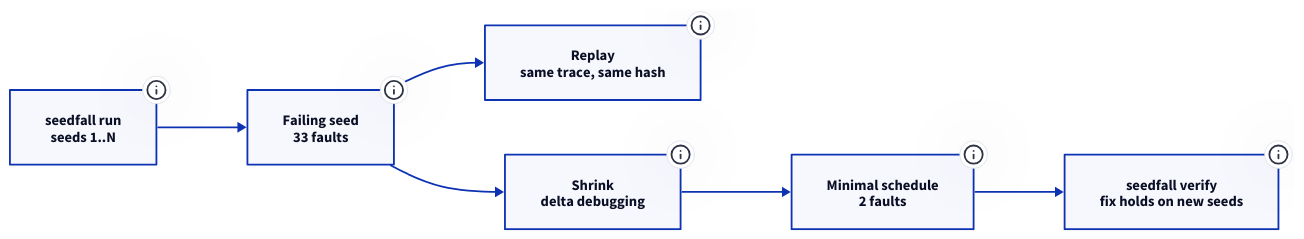
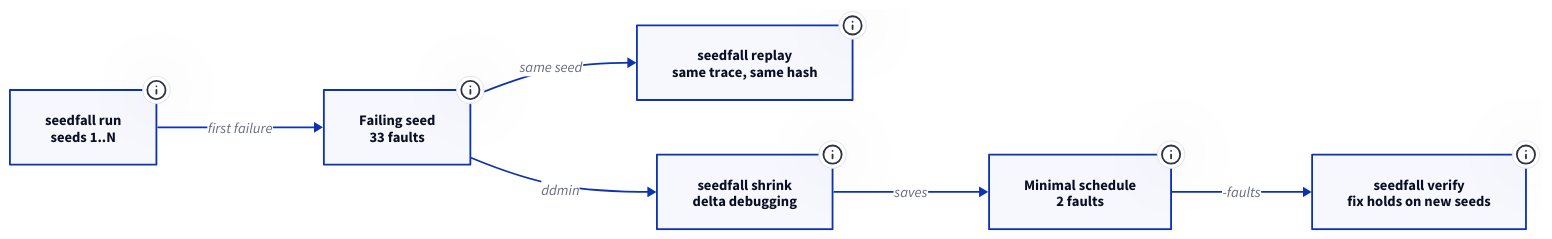
The diagram in data/projects/diagrams/seedfall-loop.d2 (kunalgoesbyken/portfoliov1), drawn with D2 before and after one commit. The commit also changed 54 other files, not shown here.

Commit message:
Describe each architecture from its codebase, add stack logos, drop redundant stats and card styling

```diff
--- a/data/projects/diagrams/seedfall-loop.d2
+++ b/data/projects/diagrams/seedfall-loop.d2
@@ -1,37 +1,37 @@
 direction: right
 
 sweep: seedfall run\nseeds 1..N {
   class: client
-  tooltip: "Runs seeds in parallel jobs. 200 seeds took 9.4 s on a laptop, about 87x faster than real time."
+  tooltip: "engine.Sweep runs seeds as parallel jobs (-j) and stops at the first failure unless told to keep going. 200 seeds took 9.4 s on a laptop."
 }
 
 fail: Failing seed\n33 faults {
   class: store
-  tooltip: "The seed number is the whole bug report: same seed, same failure, on any machine."
+  tooltip: "The seed number is the whole bug report. It fixes the scheduling, network, disk and fault streams, so the same seed gives the same failure on any machine."
 }
 
-replay: Replay\nsame trace, same hash {
+replay: seedfall replay\nsame trace, same hash {
   class: service
-  tooltip: "Prints a determinism hash over every host call; 3 of 3 replays matched exactly. Writes an HTML timeline of messages, faults and the failing check."
+  tooltip: "Reruns the seed and prints the full trace and a determinism hash over every host call. With -html it writes a timeline of messages, faults and the failing check."
 }
 
-shrink: Shrink\ndelta debugging {
+shrink: seedfall shrink\ndelta debugging {
   class: service
-  tooltip: "ddmin over the fault schedule, then a capped workload, a trimmed duration and simplified faults. A candidate is kept only if it fails with the same class, node, property and message, so shrinking never swaps one bug for another."
+  tooltip: "ddmin over the fault list, then a capped workload, a trimmed duration and simplified faults, repeated until nothing changes. A candidate is kept only if it fails with the same class, node, property and message."
 }
 
 plan: Minimal schedule\n2 faults {
   class: store
-  tooltip: "Saved as JSON that replay, inspect and verify all accept, so the minimal case can be pinned in CI."
+  tooltip: "Saved as .seedfall/seed-N.faults.json. replay, inspect and verify take it with -faults, and seedfall pin keeps it as a regression that later sweeps replay."
 }
 
 verify: seedfall verify\nfix holds on new seeds {
   class: service
-  tooltip: "Replays the failing schedule against the patched code and sweeps fresh seeds, so a fix is proven rather than assumed."
+  tooltip: "Replays the failing schedule against the patched code, double-checking determinism, then sweeps fresh seeds sized for 95 percent confidence and writes a Markdown proof. Optional -mutate also checks that the checks would notice a broken disk."
 }
 
-sweep -> fail
-fail -> replay
-fail -> shrink
-shrink -> plan
-plan -> verify
+sweep -> fail: first failure
+fail -> replay: same seed
+fail -> shrink: ddmin
+shrink -> plan: saves
+plan -> verify: -faults
```
